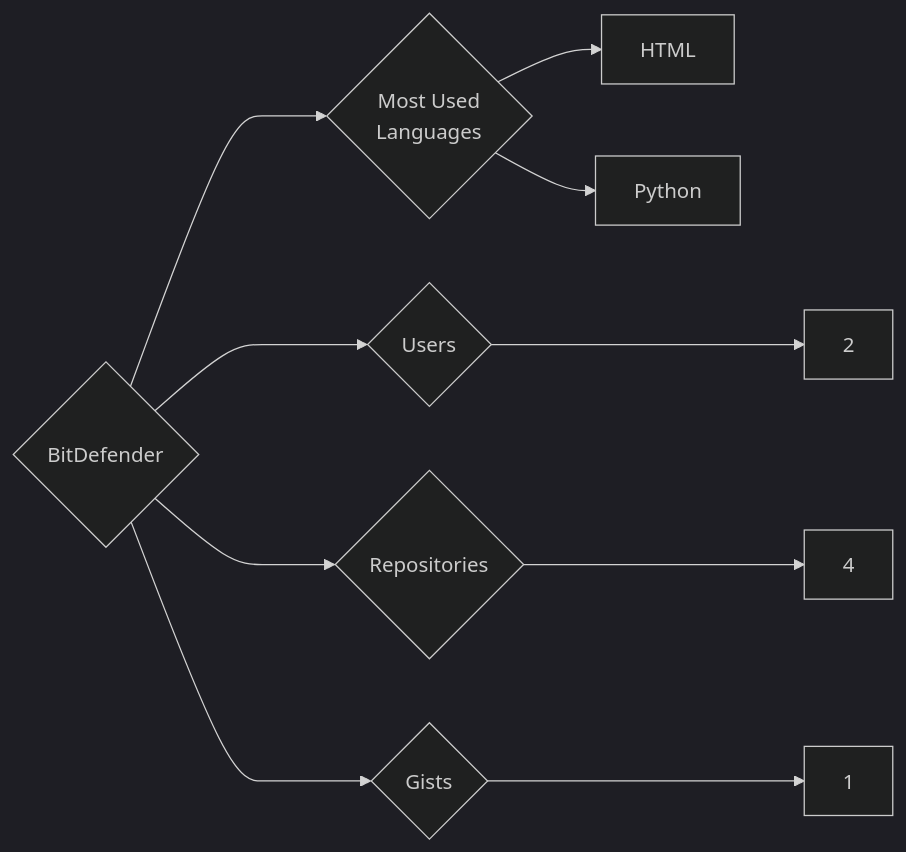
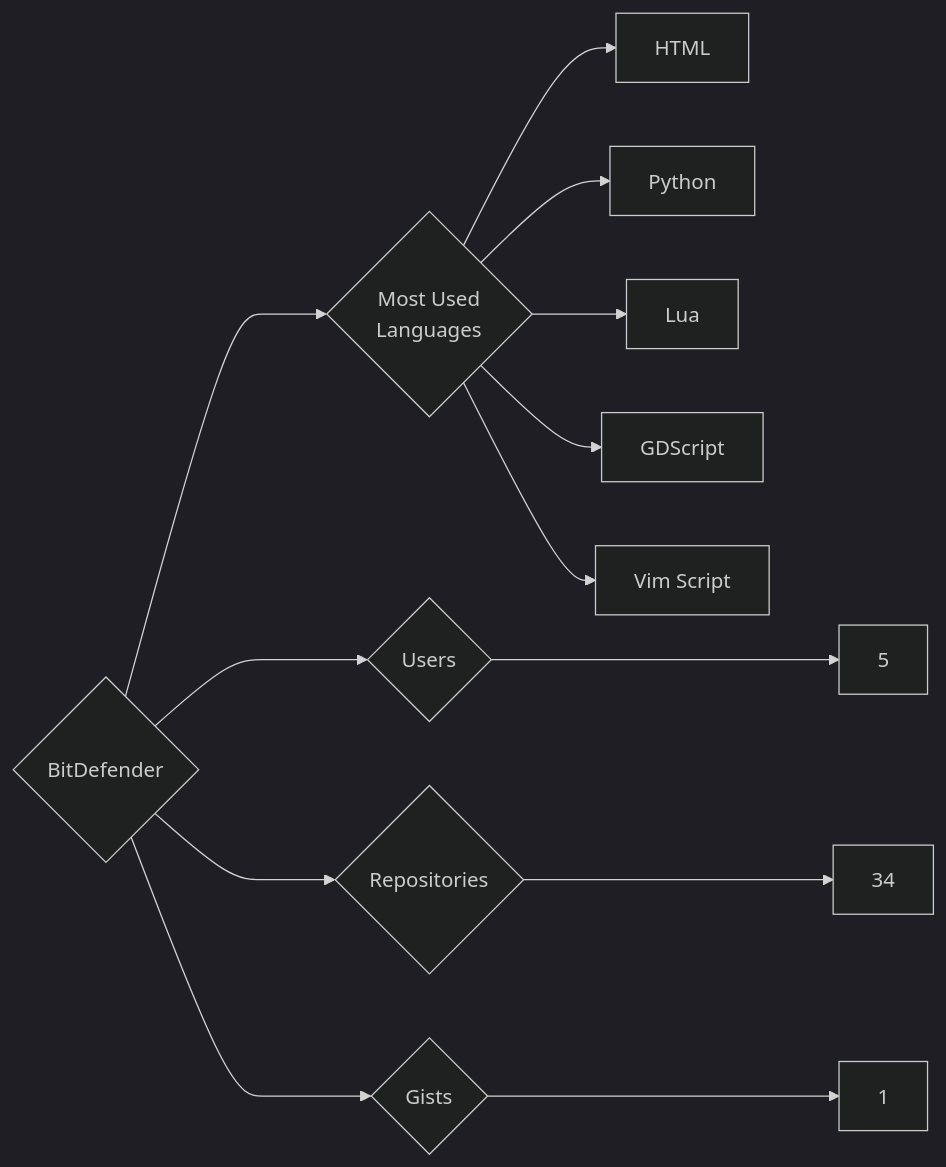
One commit to trickest/insiders changed the diagram in targets/BitDefender/README.md. Above: the diagram before and after it, drawn with Mermaid (dark theme). The commit also changed 1167 other files, not shown here.

````diff
--- a/targets/BitDefender/README.md
+++ b/targets/BitDefender/README.md
@@ -3,10 +3,13 @@
 ```mermaid
 graph LR
 COMPANY_NAME{BitDefender}
-COMPANY_NAME ---> U{Users} ---> UN[2]
-COMPANY_NAME ---> R{Repositories} ---> RN[4]
+COMPANY_NAME ---> U{Users} ---> UN[5]
+COMPANY_NAME ---> R{Repositories} ---> RN[34]
 COMPANY_NAME ---> G{Gists} ---> GN[1]
 COMPANY_NAME ---> ML{Most Used<br>Languages}
 ML --> HTML[HTML]
 ML --> Python[Python]
+ML --> Lua[Lua]
+ML --> GDScript[GDScript]
+ML --> Vim_Script[Vim Script]
 ```
````
